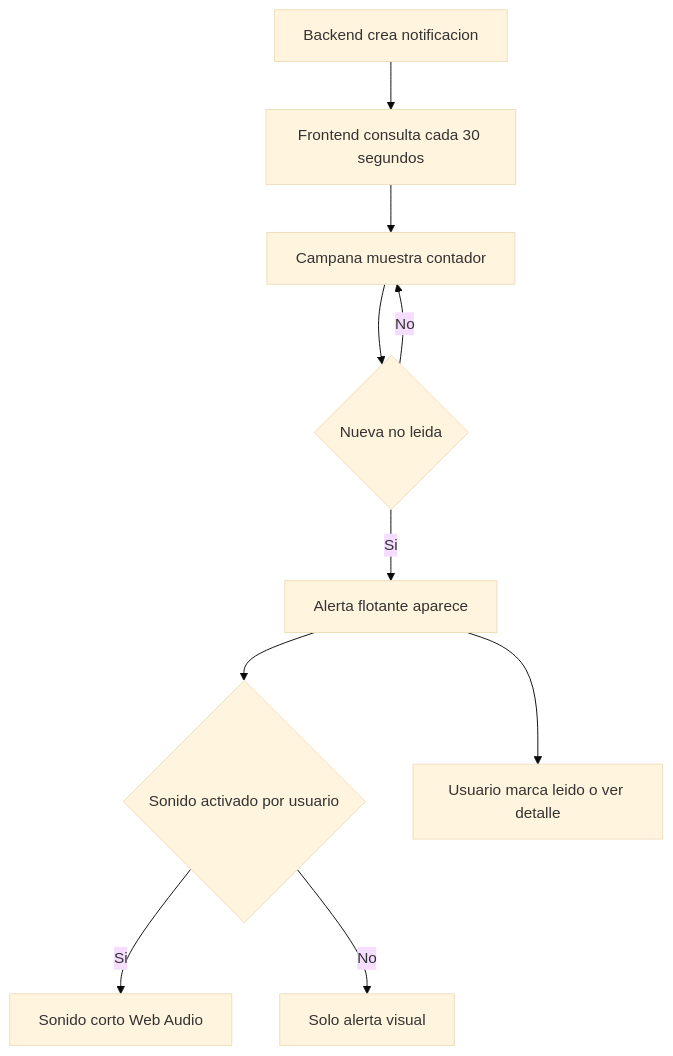
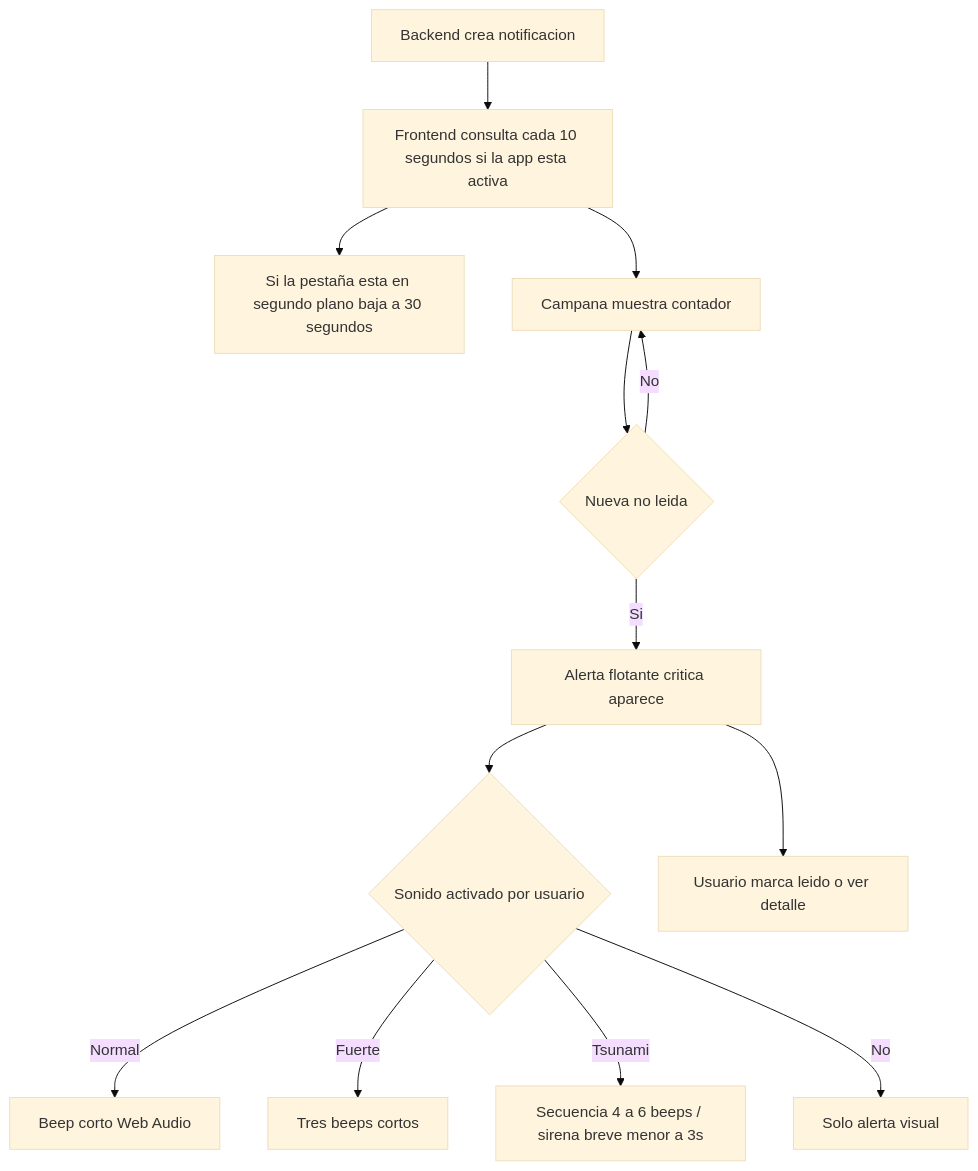
Diagram 12 of 13 in docs/DIAGRAMA_FLUJO_GMTCH_TUNE_OS.md (gastonmunoz-glitch/gmtch-tune), drawn with Mermaid (base theme) before and after one commit. The commit also changed other lines of this file and 5 other files, not shown here.

````diff
--- a/docs/DIAGRAMA_FLUJO_GMTCH_TUNE_OS.md
+++ b/docs/DIAGRAMA_FLUJO_GMTCH_TUNE_OS.md
@@ -205,12 +240,15 @@
 ```mermaid
 flowchart TD
-  A["Backend crea notificacion"] --> B["Frontend consulta cada 30 segundos"]
+  A["Backend crea notificacion"] --> B["Frontend consulta cada 10 segundos si la app esta activa"]
+  B --> B2["Si la pestaña esta en segundo plano baja a 30 segundos"]
   B --> C["Campana muestra contador"]
   C --> D{"Nueva no leida"}
-  D -->|Si| E["Alerta flotante aparece"]
+  D -->|Si| E["Alerta flotante critica aparece"]
   E --> F{"Sonido activado por usuario"}
-  F -->|Si| G["Sonido corto Web Audio"]
-  F -->|No| H["Solo alerta visual"]
-  E --> I["Usuario marca leido o ver detalle"]
+  F -->|Normal| G["Beep corto Web Audio"]
+  F -->|Fuerte| H["Tres beeps cortos"]
+  F -->|Tsunami| I["Secuencia 4 a 6 beeps / sirena breve menor a 3s"]
+  F -->|No| J["Solo alerta visual"]
+  E --> K["Usuario marca leido o ver detalle"]
   D -->|No| C
 ```
````
